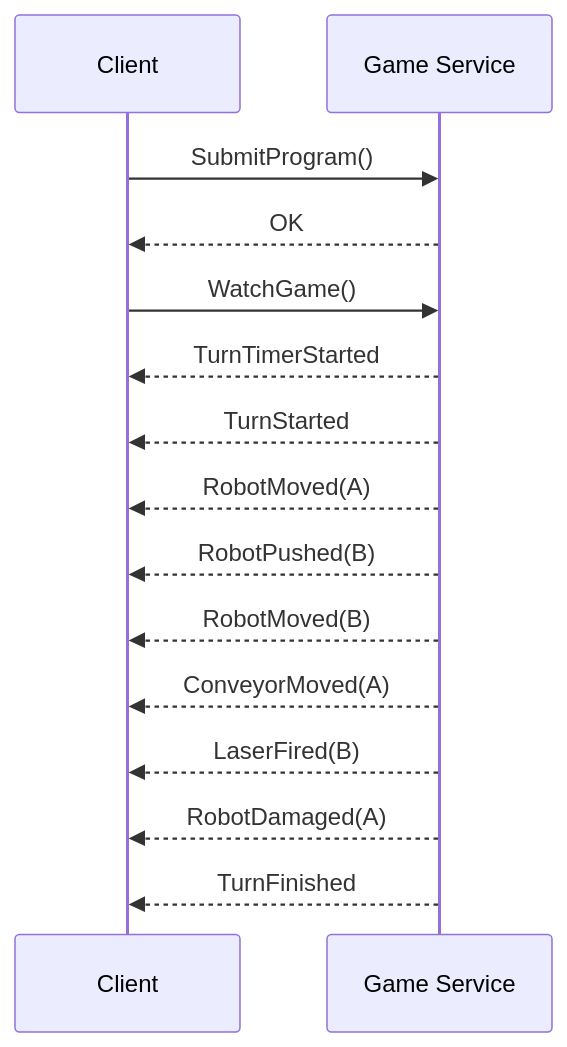
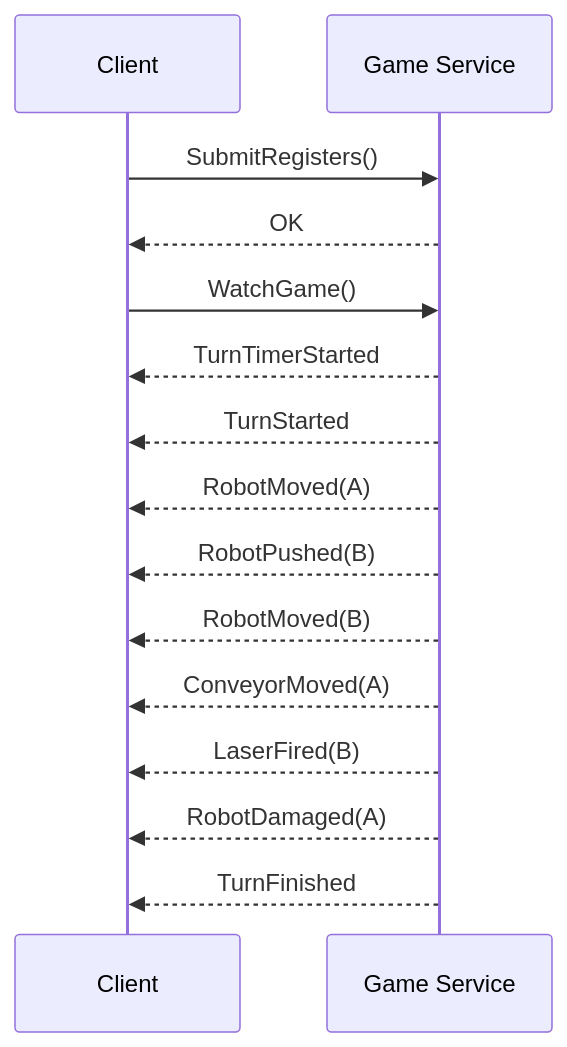
The third of 4 diagrams in docs/architecture.md (hananinas/RoboRally), drawn with Mermaid before and after one commit. The commit also changed other lines of this file, not shown here.

````diff
--- a/docs/architecture.md
+++ b/docs/architecture.md
@@ -165,19 +169,19 @@
 ```mermaid
 sequenceDiagram
     participant Client
     participant GameService as Game Service
 
-    Client->>GameService: SubmitProgram()
+    Client->>GameService: SubmitRegisters()
     GameService-->>Client: OK
 
     Client->>GameService: WatchGame()
     GameService-->>Client: TurnTimerStarted
     GameService-->>Client: TurnStarted
     GameService-->>Client: RobotMoved(A)
     GameService-->>Client: RobotPushed(B)
     GameService-->>Client: RobotMoved(B)
     GameService-->>Client: ConveyorMoved(A)
     GameService-->>Client: LaserFired(B)
     GameService-->>Client: RobotDamaged(A)
     GameService-->>Client: TurnFinished
 ```
````
